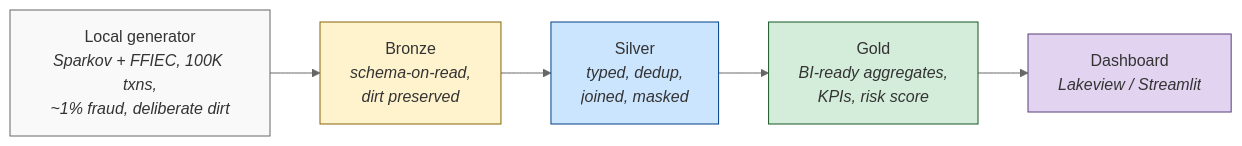
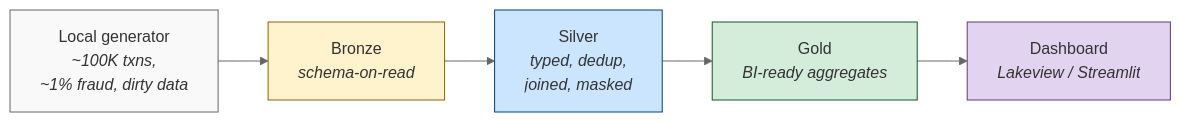
Before and after one commit to btriani/databricks-snowflake-comparison: the first of 4 diagrams in docs/architecture-comparison.md, drawn with Mermaid (neutral theme). The commit also changed other lines of this file, not shown here.

````diff
--- a/docs/architecture-comparison.md
+++ b/docs/architecture-comparison.md
@@ -7,13 +5,13 @@
 ```mermaid
 graph LR
-    A["Local generator<br/><i>Sparkov + FFIEC, 100K txns,<br/>~1% fraud, deliberate dirt</i>"] --> B["Bronze<br/><i>schema-on-read,<br/>dirt preserved</i>"]
+    A["Local generator<br/><i>~100K txns,<br/>~1% fraud, dirty data</i>"] --> B["Bronze<br/><i>schema-on-read</i>"]
     B --> C["Silver<br/><i>typed, dedup,<br/>joined, masked</i>"]
-    C --> D["Gold<br/><i>BI-ready aggregates,<br/>KPIs, risk score</i>"]
+    C --> D["Gold<br/><i>BI-ready aggregates</i>"]
     D --> E["Dashboard<br/><i>Lakeview / Streamlit</i>"]
 
     style A fill:#f9f9f9,stroke:#666,color:#333
     style B fill:#fff3cd,stroke:#856404,color:#333
     style C fill:#cce5ff,stroke:#004085,color:#333
     style D fill:#d4edda,stroke:#155724,color:#333
     style E fill:#e2d4f0,stroke:#5a3d7a,color:#333
 ```
````
